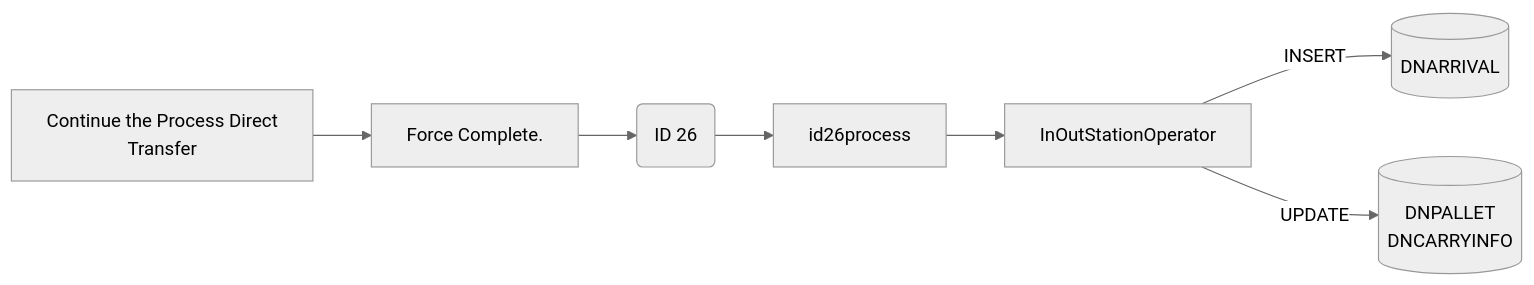
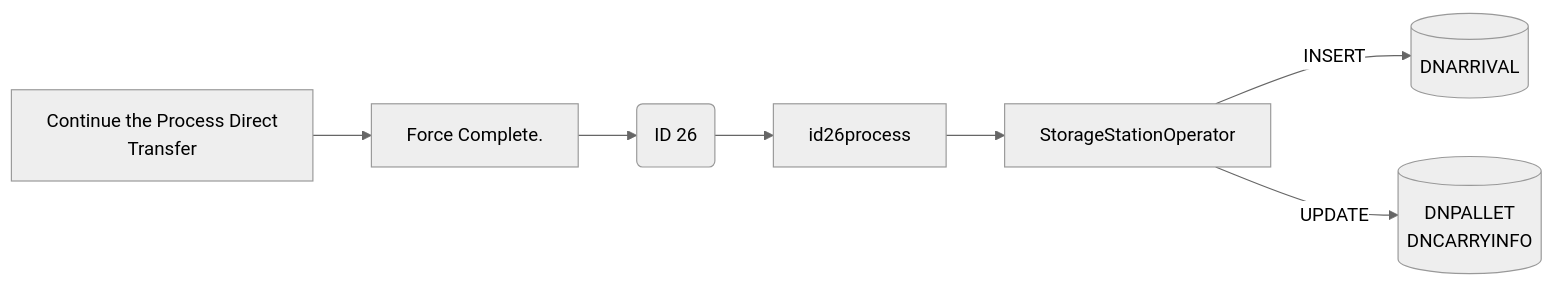
One commit to luthfiadityaa/SimeDarby-Wiki changed diagram 21 of 22 in Basic-Design/DFD-WMS/Storage/Palletizing-Settting/Irregular-Cases-%2D-Palletizing.md. Above: the diagram before and after it, drawn with Mermaid (neutral theme). The commit also changed other lines of this file, not shown here.

```diff
--- a/Basic-Design/DFD-WMS/Storage/Palletizing-Settting/Irregular-Cases-%2D-Palletizing.md
+++ b/Basic-Design/DFD-WMS/Storage/Palletizing-Settting/Irregular-Cases-%2D-Palletizing.md
@@ -1241,31 +1241,31 @@
 ::: mermaid
 flowchart LR
 
 releaseCommand["
 Continue the Process Direct 
 Transfer
 "]
 
 id26msg("
 ID 26
 ")
 
 id26-insert[("
 DNARRIVAL
 ")]
 
 id26-update[("
 DNPALLET
 DNCARRYINFO
 ")];
 
 releaseCommand2["
 Force Complete.
 "]
 
-storageStationOperator[InOutStationOperator]
+storageStationOperator[StorageStationOperator]
 
 releaseCommand-->releaseCommand2-->id26msg-->id26process-->storageStationOperator
 storageStationOperator--> |INSERT| id26-insert
 storageStationOperator--> |UPDATE| id26-update
 :::
```
